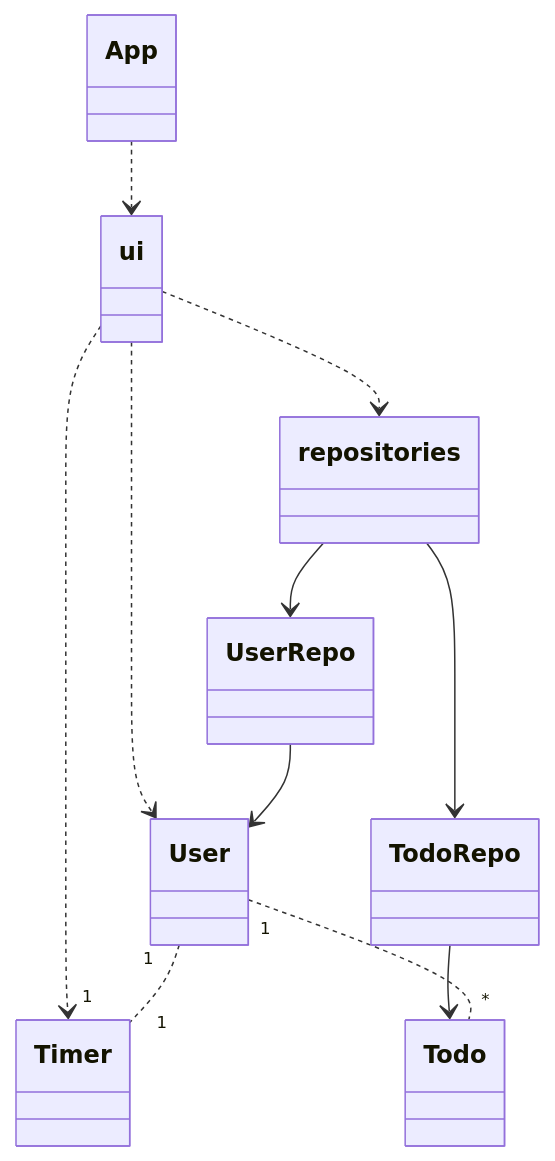
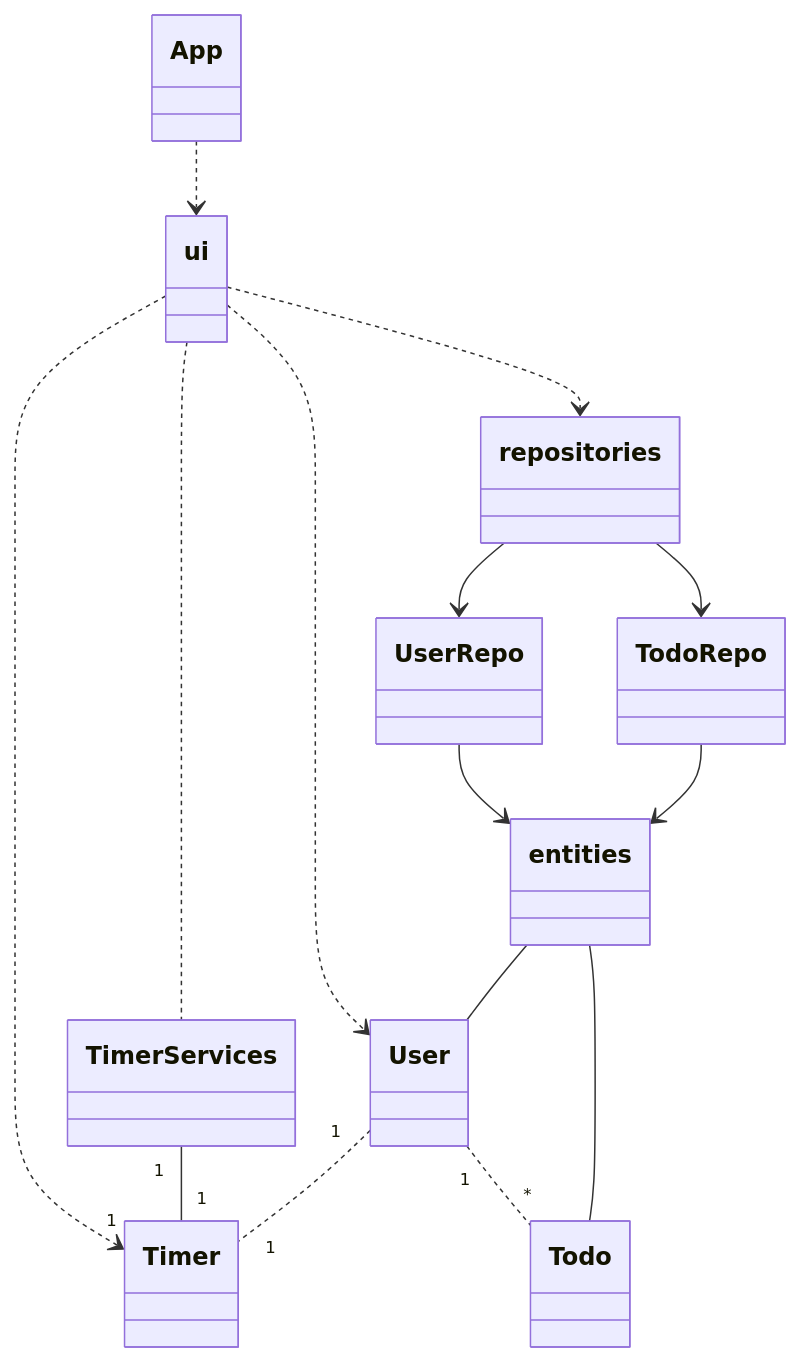
The diagram in dokumentaatio/arkkitehtuuri.md (lllIIlIIlll/ot-harjoitustyo), drawn with Mermaid before and after one commit. The commit also changed 16 other files, not shown here.

````diff
--- a/dokumentaatio/arkkitehtuuri.md
+++ b/dokumentaatio/arkkitehtuuri.md
@@ -1,13 +1,17 @@
 ```mermaid
 classDiagram
    App ..> ui
    ui ..> "1" Timer
    ui ..> repositories
    ui ..> User
    repositories --> UserRepo
    repositories --> TodoRepo
-   UserRepo --> User
-   TodoRepo --> Todo
+   UserRepo --> entities
+   TodoRepo --> entities
+   ui .. TimerServices
+   TimerServices "1" -- "1" Timer
    User "1" .. "1" Timer
    User "1" .. "*" Todo
+   entities -- User
+   entities -- Todo
 ```
````
